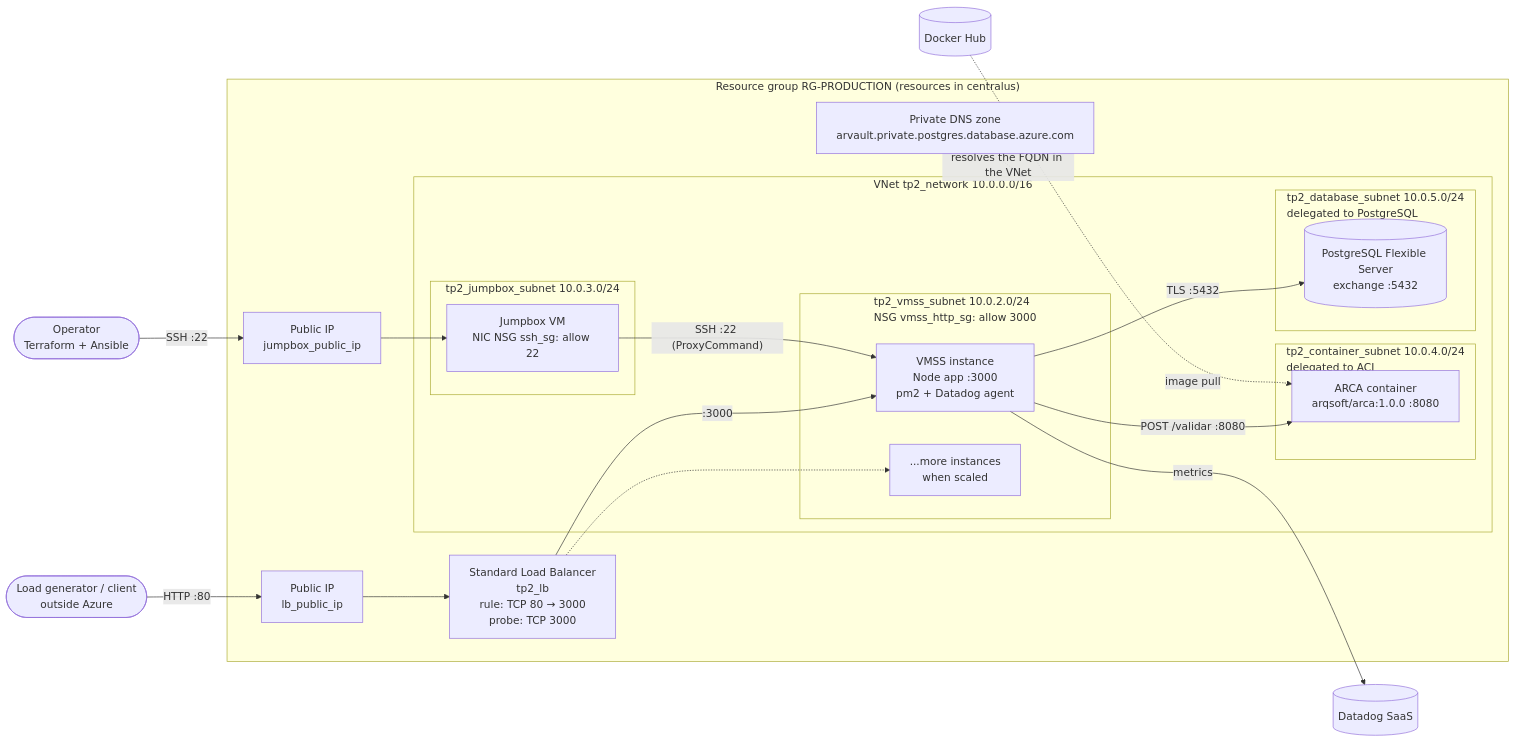
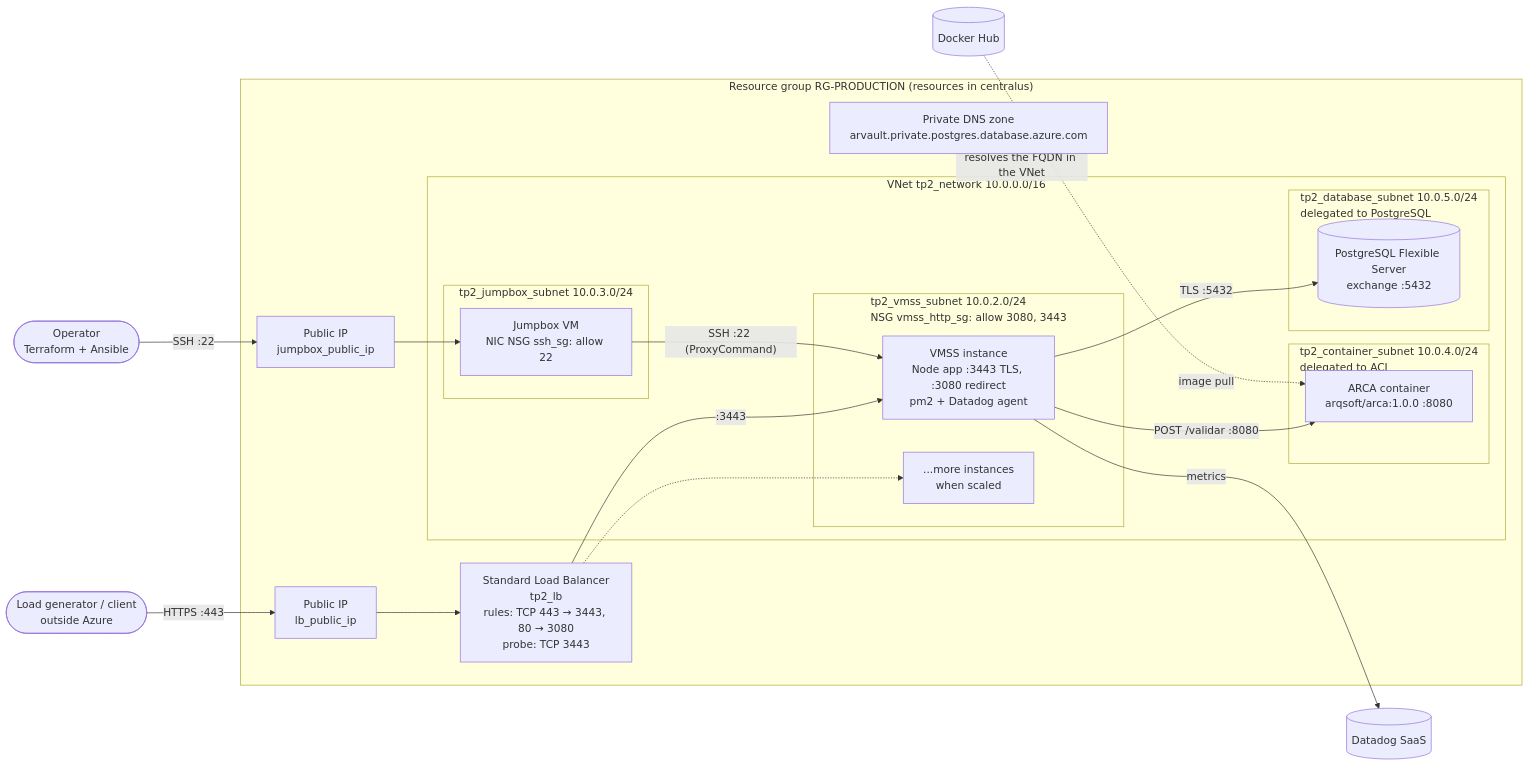
The first of 3 diagrams in docs/infra/overview.md (tcorzo/fiuba-2026C2-arq-tp2), drawn with Mermaid before and after one commit. The commit also changed other lines of this file and 5 other files, not shown here.

First line of the commit message:
feat(infra): forward 443 and 80 to the node's tls and redirect ports

````diff
--- a/docs/infra/overview.md
+++ b/docs/infra/overview.md
@@ -165,41 +165,41 @@
 ```mermaid
 flowchart LR
     user([Load generator / client<br/>outside Azure])
     admin([Operator<br/>Terraform + Ansible])
     dd[(Datadog SaaS)]
     hub[(Docker Hub)]
 
     subgraph rg["Resource group RG-PRODUCTION (resources in centralus)"]
         lbpip[Public IP<br/>lb_public_ip]
-        lb[Standard Load Balancer<br/>tp2_lb<br/>rule: TCP 80 → 3000<br/>probe: TCP 3000]
+        lb[Standard Load Balancer<br/>tp2_lb<br/>rules: TCP 443 → 3443, 80 → 3080<br/>probe: TCP 3443]
         jbpip[Public IP<br/>jumpbox_public_ip]
 
         subgraph vnet["VNet tp2_network 10.0.0.0/16"]
-            subgraph snvmss["tp2_vmss_subnet 10.0.2.0/24<br/>NSG vmss_http_sg: allow 3000"]
-                vm1[VMSS instance<br/>Node app :3000<br/>pm2 + Datadog agent]
+            subgraph snvmss["tp2_vmss_subnet 10.0.2.0/24<br/>NSG vmss_http_sg: allow 3080, 3443"]
+                vm1[VMSS instance<br/>Node app :3443 TLS, :3080 redirect<br/>pm2 + Datadog agent]
                 vmN[...more instances<br/>when scaled]
             end
             subgraph snjb["tp2_jumpbox_subnet 10.0.3.0/24"]
                 jb[Jumpbox VM<br/>NIC NSG ssh_sg: allow 22]
             end
             subgraph snaci["tp2_container_subnet 10.0.4.0/24<br/>delegated to ACI"]
                 arca[ARCA container<br/>arqsoft/arca:1.0.0 :8080]
             end
             subgraph sndb["tp2_database_subnet 10.0.5.0/24<br/>delegated to PostgreSQL"]
                 db[(PostgreSQL Flexible Server<br/>exchange :5432)]
             end
         end
         dns[Private DNS zone<br/>arvault.private.postgres.database.azure.com]
     end
 
-    user -- "HTTP :80" --> lbpip --> lb
-    lb -- ":3000" --> vm1
+    user -- "HTTPS :443" --> lbpip --> lb
+    lb -- ":3443" --> vm1
     lb -.-> vmN
     vm1 -- "POST /validar :8080" --> arca
     vm1 -- "TLS :5432" --> db
     dns -. "resolves the FQDN in the VNet" .-> vnet
     admin -- "SSH :22" --> jbpip --> jb
     jb -- "SSH :22 (ProxyCommand)" --> vm1
     vm1 -- "metrics" --> dd
     hub -. "image pull" .-> arca
 ```
````
